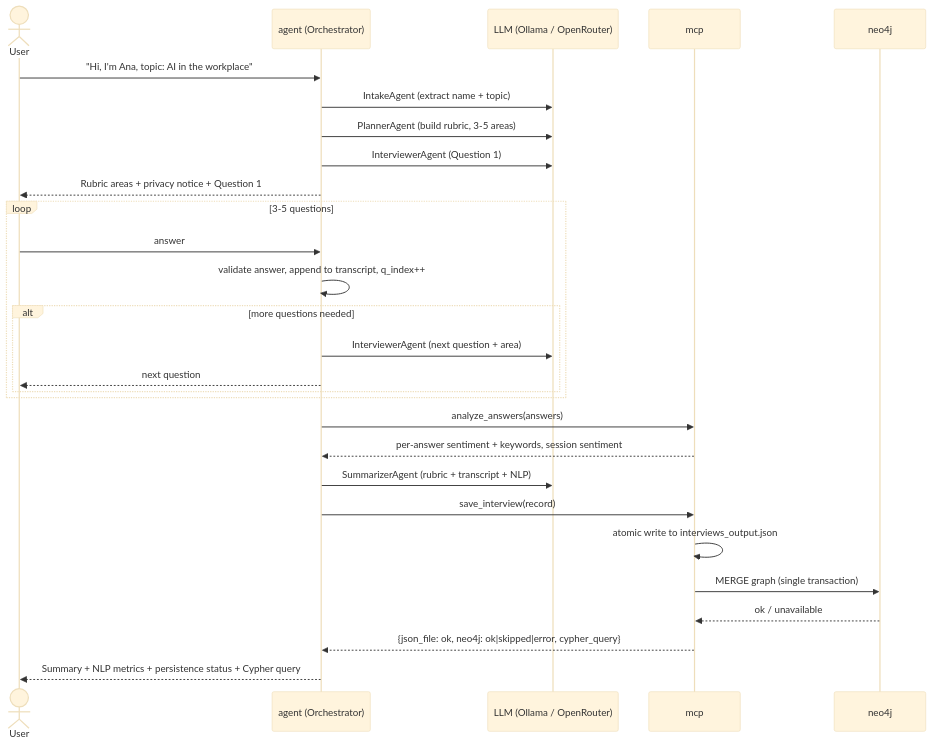
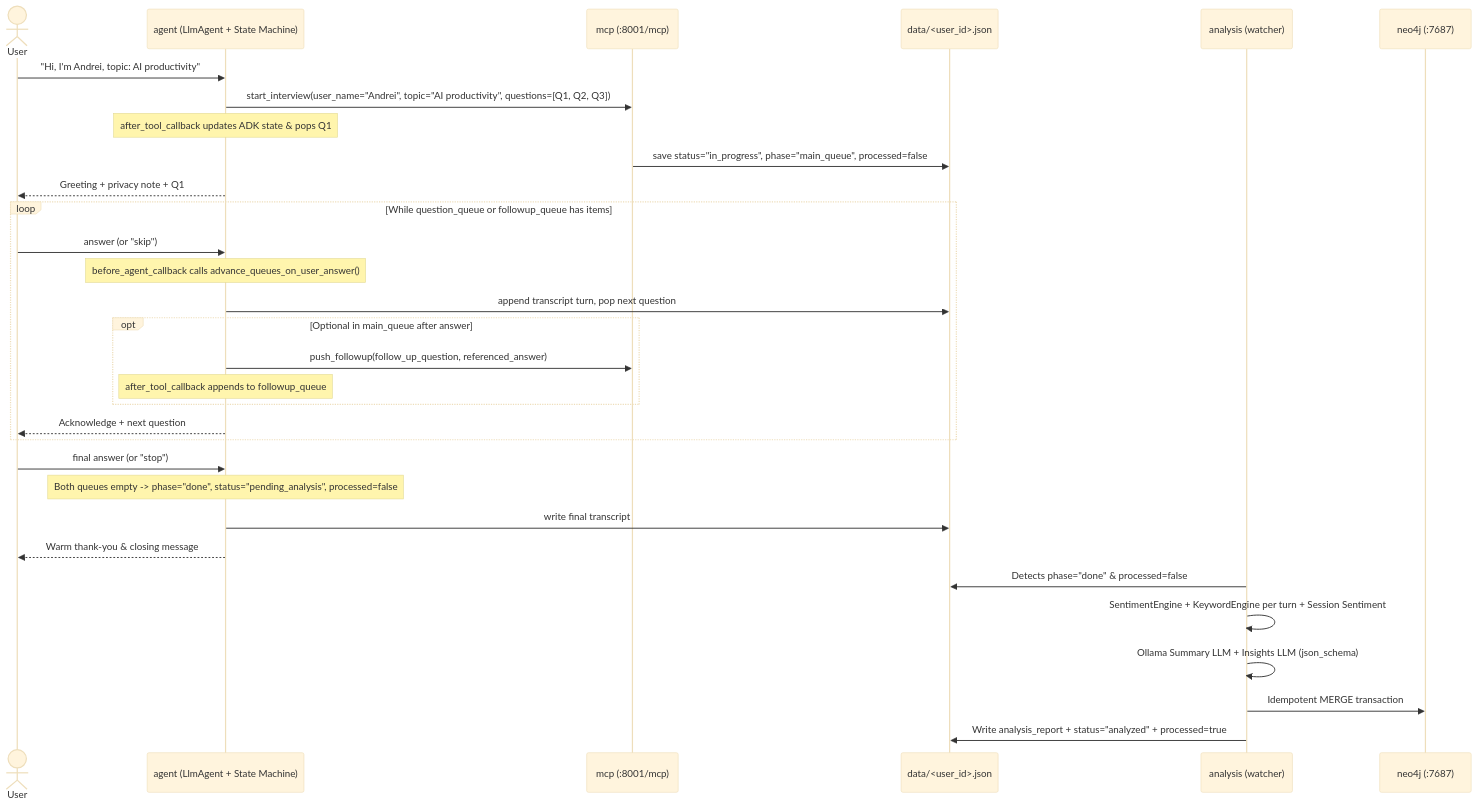
The second of 2 diagrams in .agents/ARCHITECTURE.md (GrigorasVictor/ai-interviewer), drawn with Mermaid (base theme) before and after one commit. The commit also changed other lines of this file and 23 other files, not shown here.

````diff
--- a/.agents/ARCHITECTURE.md
+++ b/.agents/ARCHITECTURE.md
@@ -71,31 +69,37 @@
 ```mermaid
 sequenceDiagram
     actor User
-    participant AG as agent (Orchestrator)
-    participant LLM as LLM (Ollama / OpenRouter)
-    participant MC as mcp
-    participant NJ as neo4j
+    participant AG as agent (LlmAgent + State Machine)
+    participant MC as mcp (:8001/mcp)
+    participant FS as data/<user_id>.json
+    participant AN as analysis (watcher)
+    participant NJ as neo4j (:7687)
 
-    User->>AG: "Hi, I'm Ana, topic: AI in the workplace"
-    AG->>LLM: IntakeAgent (extract name + topic)
-    AG->>LLM: PlannerAgent (build rubric, 3-5 areas)
-    AG->>LLM: InterviewerAgent (Question 1)
-    AG-->>User: Rubric areas + privacy notice + Question 1
-    loop 3-5 questions
-        User->>AG: answer
-        AG->>AG: validate answer, append to transcript, q_index++
-        alt more questions needed
-            AG->>LLM: InterviewerAgent (next question + area)
-            AG-->>User: next question
+    User->>AG: "Hi, I'm Andrei, topic: AI productivity"
+    AG->>MC: start_interview(user_name="Andrei", topic="AI productivity", questions=[Q1, Q2, Q3])
+    Note over AG: after_tool_callback updates ADK state & pops Q1
+    MC->>FS: save status="in_progress", phase="main_queue", processed=false
+    AG-->>User: Greeting + privacy note + Q1
+
+    loop While question_queue or followup_queue has items
+        User->>AG: answer (or "skip")
+        Note over AG: before_agent_callback calls advance_queues_on_user_answer()
+        AG->>FS: append transcript turn, pop next question
+        opt Optional in main_queue after answer
+            AG->>MC: push_followup(follow_up_question, referenced_answer)
+            Note over AG: after_tool_callback appends to followup_queue
         end
+        AG-->>User: Acknowledge + next question
     end
-    AG->>MC: analyze_answers(answers)
-    MC-->>AG: per-answer sentiment + keywords, session sentiment
-    AG->>LLM: SummarizerAgent (rubric + transcript + NLP)
-    AG->>MC: save_interview(record)
-    MC->>MC: atomic write to interviews_output.json
-    MC->>NJ: MERGE graph (single transaction)
-    NJ-->>MC: ok / unavailable
-    MC-->>AG: {json_file: ok, neo4j: ok|skipped|error, cypher_query}
-    AG-->>User: Summary + NLP metrics + persistence status + Cypher query
+
+    User->>AG: final answer (or "stop")
+    Note over AG: Both queues empty -> phase="done", status="pending_analysis", processed=false
+    AG->>FS: write final transcript
+    AG-->>User: Warm thank-you & closing message
+
+    AN->>FS: Detects phase="done" & processed=false
+    AN->>AN: SentimentEngine + KeywordEngine per turn + Session Sentiment
+    AN->>AN: Ollama Summary LLM + Insights LLM (json_schema)
+    AN->>NJ: Idempotent MERGE transaction
+    AN->>FS: Write analysis_report + status="analyzed" + processed=true
 ```
````
